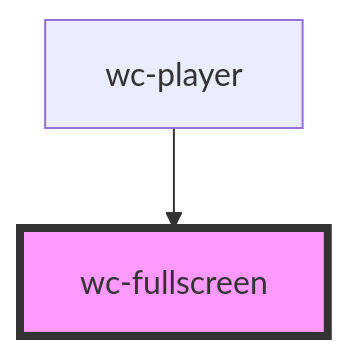
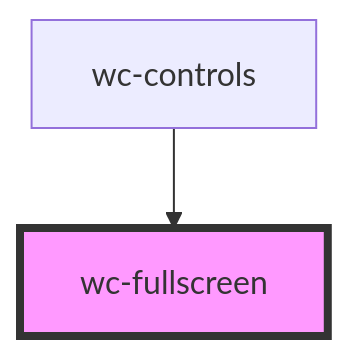
The diagram in packages/wcplayer-components/src/components/wc-fullscreen/readme.md (iChengbo/wcplayer), drawn with Mermaid before and after one commit. The commit also changed other lines of this file and 8 other files, not shown here.

Commit message:
feat: move wc-spacer & wc-pip & wc-fullscreen into wc-controls

````diff
--- a/packages/wcplayer-components/src/components/wc-fullscreen/readme.md
+++ b/packages/wcplayer-components/src/components/wc-fullscreen/readme.md
@@ -22,5 +22,5 @@
 ```mermaid
 graph TD;
-  wc-player --> wc-fullscreen
+  wc-controls --> wc-fullscreen
   style wc-fullscreen fill:#f9f,stroke:#333,stroke-width:4px
 ```
````
